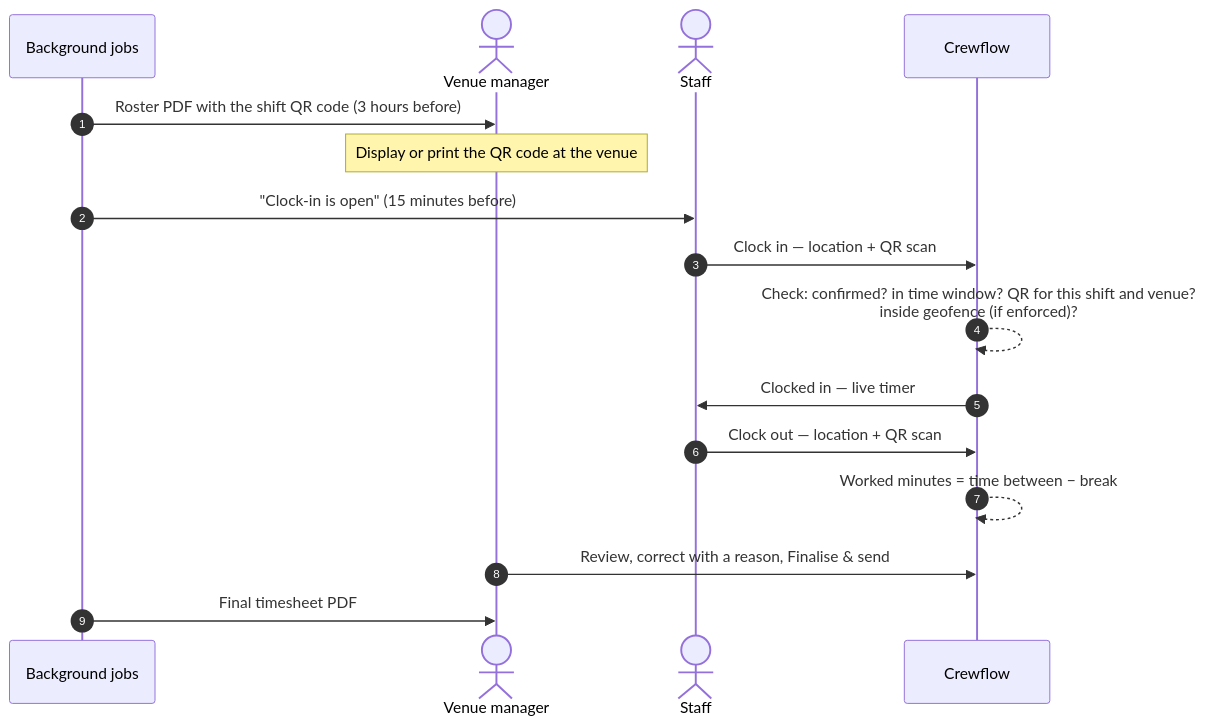
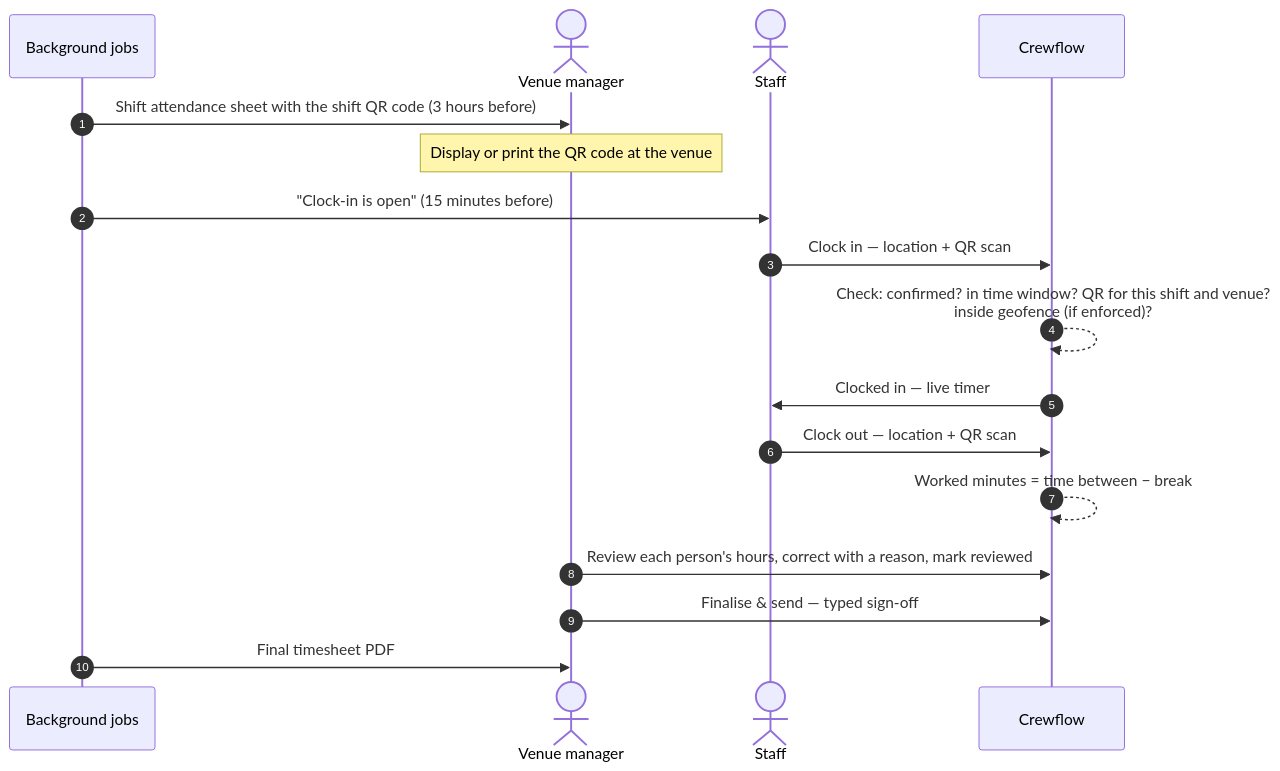
One commit to Rabblo06/rab-recurit changed the diagram in packages/rab-docs/attendance/overview.mdx. Above: the diagram before and after it, drawn with Mermaid. The commit also changed other lines of this file and 213 other files, not shown here.

````diff
--- a/packages/rab-docs/attendance/overview.mdx
+++ b/packages/rab-docs/attendance/overview.mdx
@@ -10,18 +10,19 @@
 ```mermaid
 sequenceDiagram
     autonumber
     participant W as Background jobs
     actor VM as Venue manager
     actor S as Staff
     participant C as Crewflow
-    W->>VM: Roster PDF with the shift QR code (3 hours before)
+    W->>VM: Shift attendance sheet with the shift QR code (3 hours before)
     Note over VM: Display or print the QR code at the venue
     W->>S: "Clock-in is open" (15 minutes before)
     S->>C: Clock in — location + QR scan
     C-->>C: Check: confirmed? in time window? QR for this shift and venue?<br/>inside geofence (if enforced)?
     C->>S: Clocked in — live timer
     S->>C: Clock out — location + QR scan
     C-->>C: Worked minutes = time between − break
-    VM->>C: Review, correct with a reason, Finalise & send
+    VM->>C: Review each person's hours, correct with a reason, mark reviewed
+    VM->>C: Finalise & send — typed sign-off
     W->>VM: Final timesheet PDF
 ```
````
